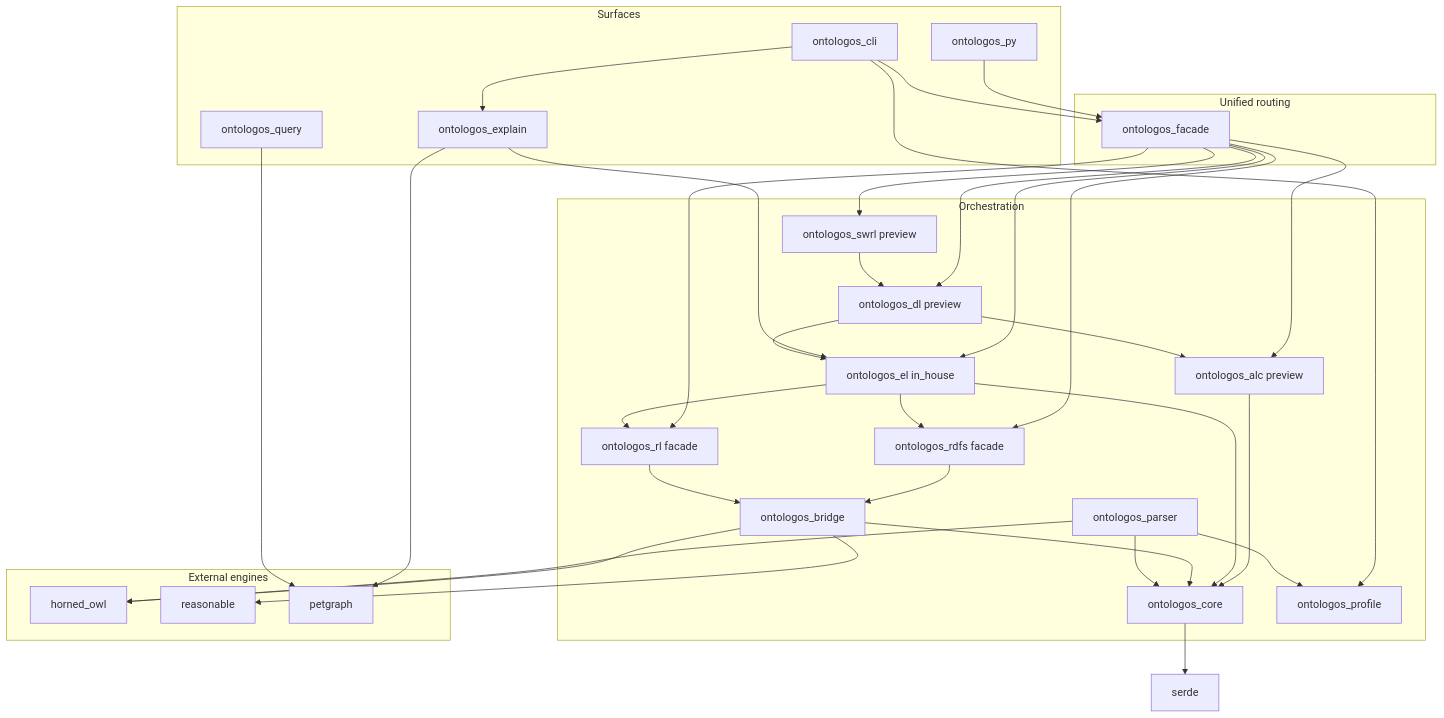
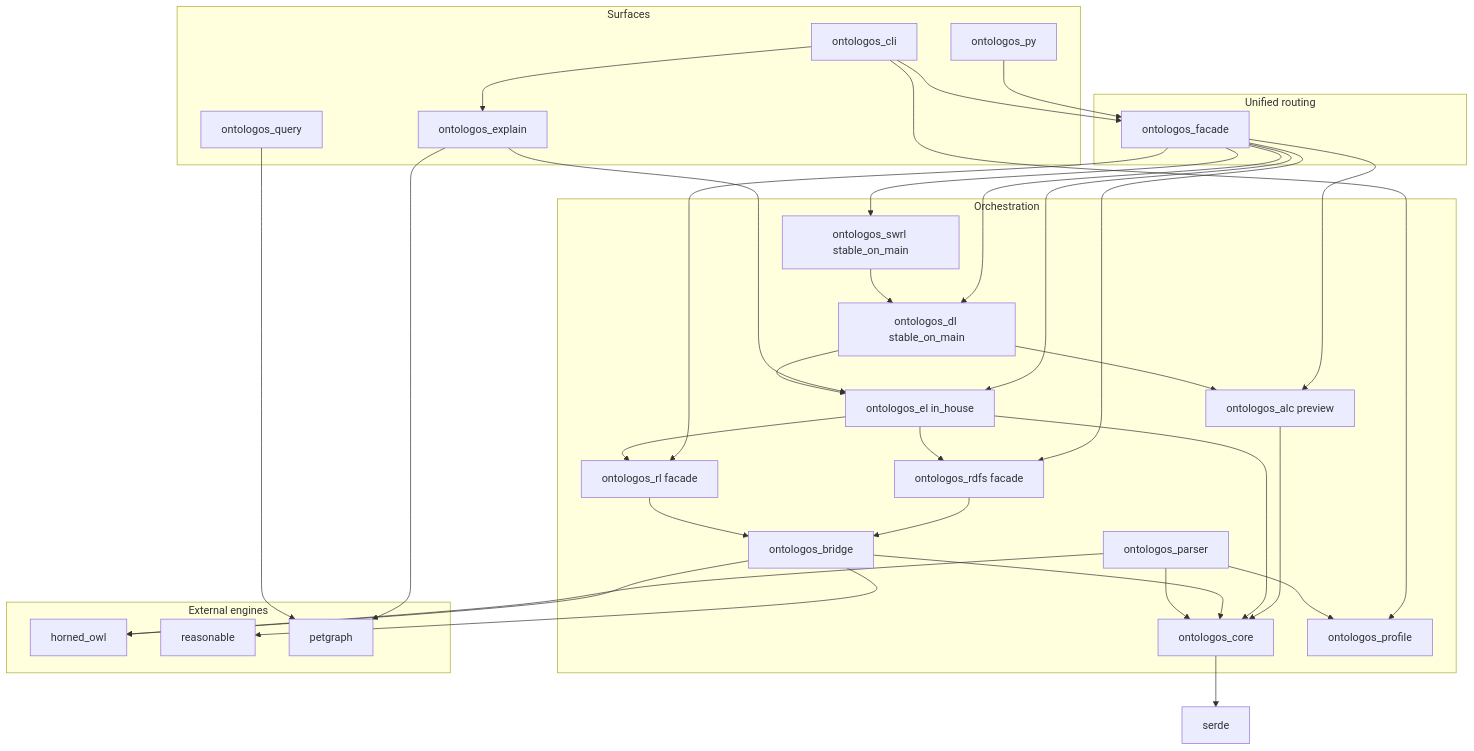
Before and after one commit to eddiethedean/ontologos: the first of 2 diagrams in docs/architecture.md, drawn with Mermaid. The commit also changed other lines of this file and 27 other files, not shown here.

````diff
--- a/docs/architecture.md
+++ b/docs/architecture.md
@@ -7,62 +7,62 @@
 ```mermaid
 flowchart TB
   subgraph surfaces [Surfaces]
     cli[ontologos_cli]
     py[ontologos_py]
     query[ontologos_query]
     explain[ontologos_explain]
   end
 
   subgraph routing [Unified routing]
     facade[ontologos_facade]
   end
 
   subgraph orchestration [Orchestration]
     core[ontologos_core]
     parser[ontologos_parser]
     profile[ontologos_profile]
     bridge[ontologos_bridge]
     rdfs[ontologos_rdfs facade]
     rl[ontologos_rl facade]
     el[ontologos_el in_house]
     alc[ontologos_alc preview]
-    dl[ontologos_dl preview]
-    swrl[ontologos_swrl preview]
+    dl[ontologos_dl stable_on_main]
+    swrl[ontologos_swrl stable_on_main]
   end
 
   subgraph external [External engines]
     horned[horned_owl]
     reasonable[reasonable]
     petgraph[petgraph]
   end
 
   parser --> horned
   parser --> core
   parser --> profile
   bridge --> horned
   bridge --> reasonable
   bridge --> core
   el --> core
   el --> rdfs
   el --> rl
   alc --> core
   dl --> el
   dl --> alc
   swrl --> dl
   rl --> bridge
   rdfs --> bridge
   query --> petgraph
   explain --> petgraph
   explain --> el
   facade --> el
   facade --> rl
   facade --> rdfs
   facade --> alc
   facade --> dl
   facade --> swrl
   cli --> facade
   cli --> profile
   cli --> explain
   py --> facade
   core --> serde
 ```
````
